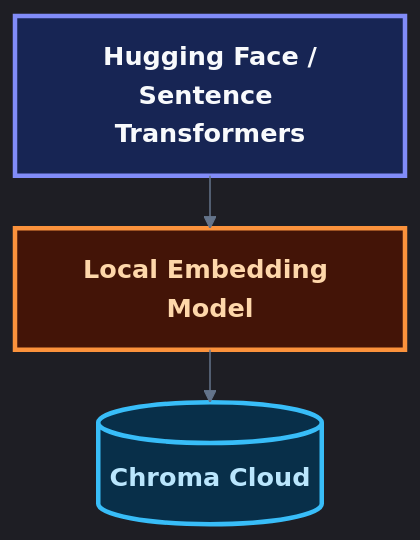
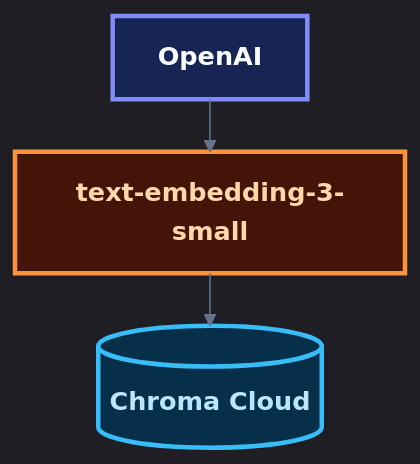
One commit to Alex-is-Gonzalez/Daisy_Health changed the third of 6 diagrams in README.MD. Above: the diagram before and after it, drawn with Mermaid. The commit also changed other lines of this file and 18 other files, not shown here.

````diff
--- a/README.MD
+++ b/README.MD
@@ -321,24 +320,24 @@
 ```mermaid
 ---
 config:
   layout: elk
   theme: dark
   themeVariables:
     background: "#0b1120"
     primaryTextColor: "#f8fafc"
     lineColor: "#64748b"
     fontFamily: "Inter, ui-sans-serif, system-ui, sans-serif"
     fontSize: "17px"
 ---
 flowchart TB
-    A["Hugging Face /<br/>Sentence Transformers"] --> B["Local Embedding Model"]
+    A["OpenAI"] --> B["text-embedding-3-small"]
     B --> C[("Chroma Cloud")]
 
     class A source
     class B model
     class C storage
 
     classDef source fill:#172554,stroke:#818cf8,color:#f8fafc,stroke-width:3px,font-weight:bold
     classDef model fill:#431407,stroke:#fb923c,color:#fed7aa,stroke-width:3px,font-weight:bold
     classDef storage fill:#082f49,stroke:#38bdf8,color:#bae6fd,stroke-width:3px,font-weight:bold
 ```
````
